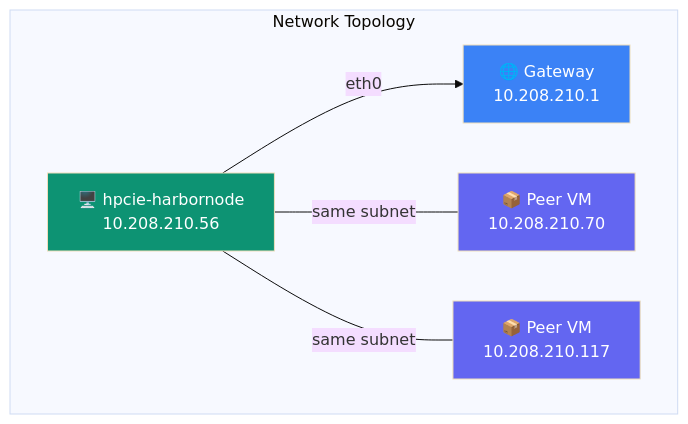
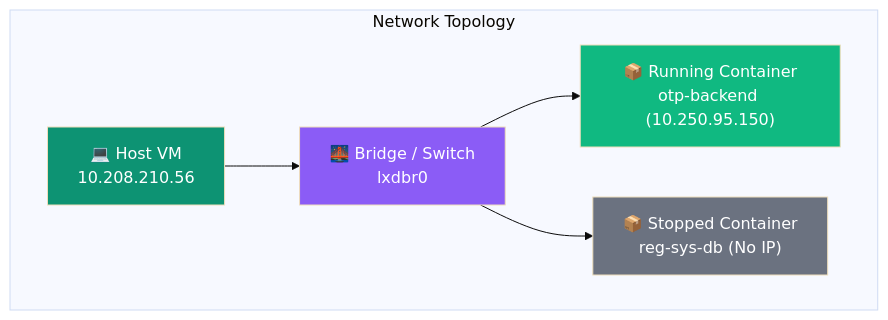
The second of 2 diagrams in docs/features/network-topology.mdx (vedantchimote/VMLedger), drawn with Mermaid (base theme) before and after one commit. The commit also changed other lines of this file and 2 other files, not shown here.

Commit message:
docs: Update Mintlify documentation for LXC telemetry and fullscreen Topology

````diff
--- a/docs/features/network-topology.mdx
+++ b/docs/features/network-topology.mdx
@@ -124,18 +123,18 @@
 ```mermaid
 flowchart TD
     subgraph "Network Topology"
-        VM["🖥️ hpcie-harbornode<br/>10.208.210.56"]
-        GW["🌐 Gateway<br/>10.208.210.1"]
-        Peer1["📦 Peer VM<br/>10.208.210.70"]
-        Peer2["📦 Peer VM<br/>10.208.210.117"]
+        VM["💻 Host VM<br/>10.208.210.56"]
+        GW["🌉 Bridge / Switch<br/>lxdbr0"]
+        Peer1["📦 Running Container<br/>otp-backend (10.250.95.150)"]
+        Peer2["📦 Stopped Container<br/>reg-sys-db (No IP)"]
         
-        VM -->|eth0| GW
-        VM ---|same subnet| Peer1
-        VM ---|same subnet| Peer2
+        VM --> GW
+        GW --> Peer1
+        GW --> Peer2
     end
     
     style VM fill:#0d9373,color:#fff
-    style GW fill:#3b82f6,color:#fff
-    style Peer1 fill:#6366f1,color:#fff
-    style Peer2 fill:#6366f1,color:#fff
+    style GW fill:#8b5cf6,color:#fff
+    style Peer1 fill:#10b981,color:#fff
+    style Peer2 fill:#6b7280,color:#fff
 ```
````
